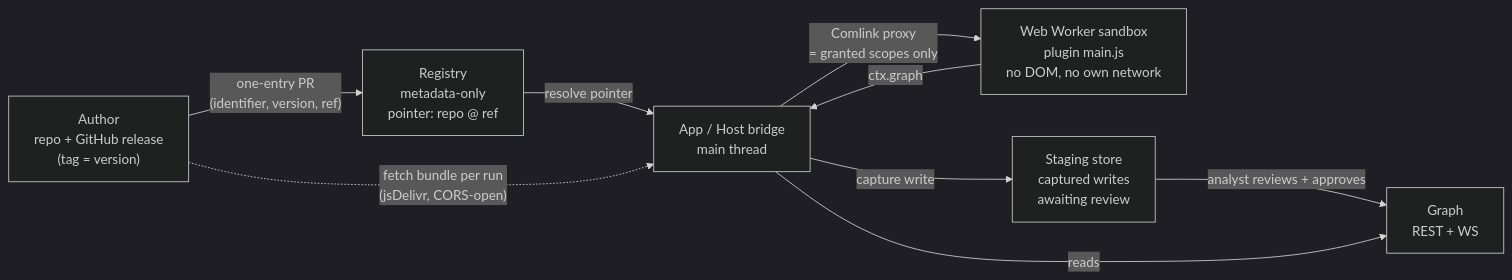
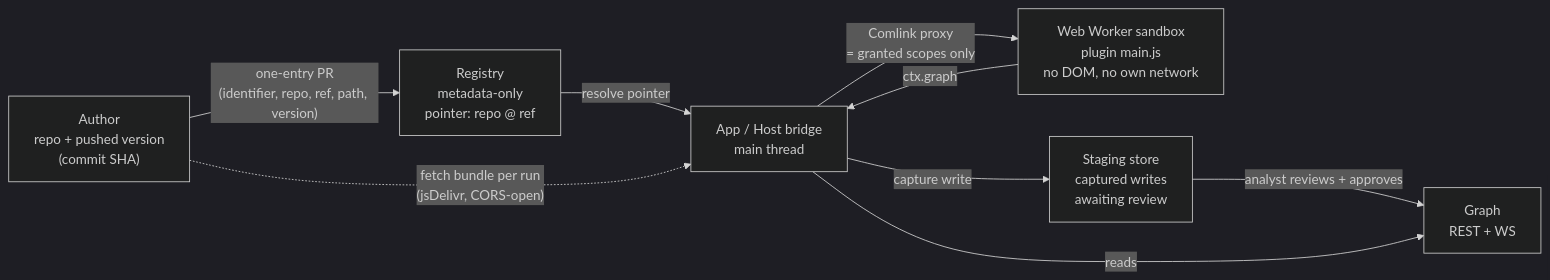
Before and after one commit to Vineyard-Intelligence/documentation: the diagram in docs/develop/architecture.ko.md, drawn with Mermaid (dark theme). The commit also changed other lines of this file and 164 other files, not shown here.

````diff
--- a/docs/develop/architecture.ko.md
+++ b/docs/develop/architecture.ko.md
@@ -15,18 +15,18 @@
 ```mermaid
 flowchart LR
-    A["Author<br/>repo + GitHub release<br/>(tag = version)"]
+    A["Author<br/>repo + pushed version<br/>(commit SHA)"]
     R["Registry<br/>metadata-only<br/>pointer: repo @ ref"]
     H["App / Host bridge<br/>main thread"]
     W["Web Worker sandbox<br/>plugin main.js<br/>no DOM, no own network"]
     S["Staging store<br/>captured writes<br/>awaiting review"]
     G["Graph<br/>REST + WS"]
 
-    A -- "one-entry PR<br/>(identifier, version, ref)" --> R
+    A -- "one-entry PR<br/>(identifier, repo, ref, path, version)" --> R
     R -- "resolve pointer" --> H
     A -. "fetch bundle per run<br/>(jsDelivr, CORS-open)" .-> H
     H -- "Comlink proxy<br/>= granted scopes only" --> W
     W -- "ctx.graph" --> H
     H -- "capture write" --> S
     S -- "analyst reviews + approves" --> G
     H -- "reads" --> G
 ```
````
